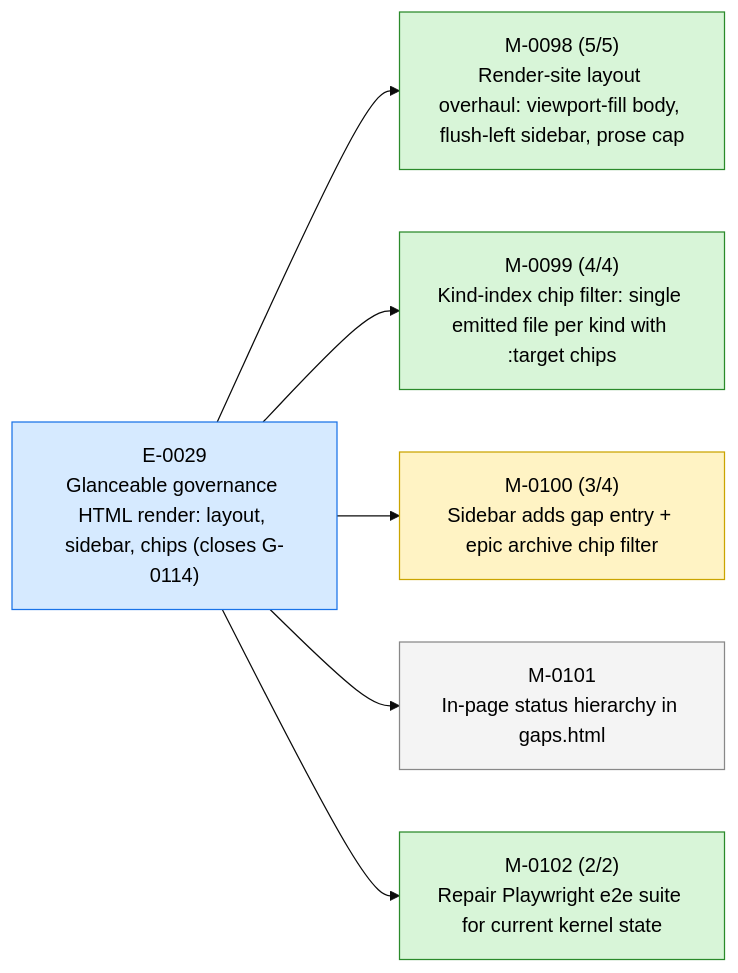
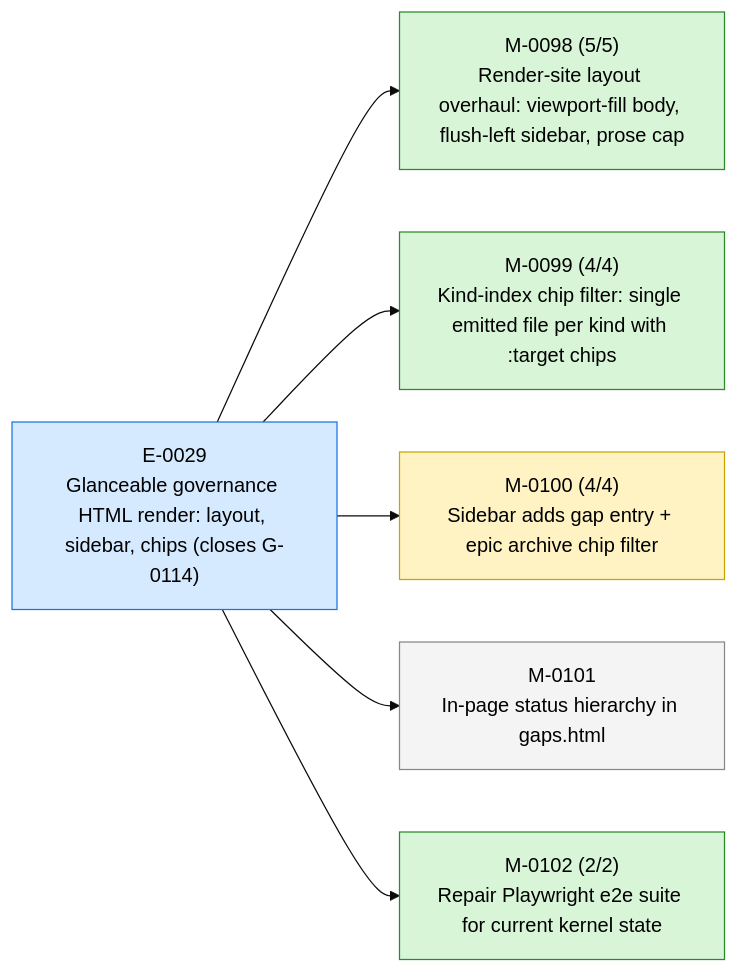
Before and after one commit to 23min/aiwf: the first of 3 diagrams in STATUS.md, drawn with Mermaid (base theme). The commit also changed other lines of this file and 1 other file, not shown here.

````diff
--- a/STATUS.md
+++ b/STATUS.md
@@ -17,20 +17,20 @@
 ```mermaid
 flowchart LR
   E_0029["E-0029<br/>Glanceable governance HTML render: layout, sidebar, chips (closes G-0114)"]:::epic_active
   M_0098["M-0098 (5/5)<br/>Render-site layout overhaul: viewport-fill body, flush-left sidebar, prose cap"]:::ms_done
   E_0029 --> M_0098
   M_0099["M-0099 (4/4)<br/>Kind-index chip filter: single emitted file per kind with :target chips"]:::ms_done
   E_0029 --> M_0099
-  M_0100["M-0100 (3/4)<br/>Sidebar adds gap entry + epic archive chip filter"]:::ms_in_progress
+  M_0100["M-0100 (4/4)<br/>Sidebar adds gap entry + epic archive chip filter"]:::ms_in_progress
   E_0029 --> M_0100
   M_0101["M-0101<br/>In-page status hierarchy in gaps.html"]:::ms_draft
   E_0029 --> M_0101
   M_0102["M-0102 (2/2)<br/>Repair Playwright e2e suite for current kernel state"]:::ms_done
   E_0029 --> M_0102
   classDef epic_active fill:#d6eaff,stroke:#1a73e8,color:#000
   classDef epic_proposed fill:#f4f4f4,stroke:#888,color:#000
   classDef ms_done fill:#d8f5d8,stroke:#2a8a2a,color:#000
   classDef ms_in_progress fill:#fff3c4,stroke:#caa400,color:#000
   classDef ms_draft fill:#f4f4f4,stroke:#888,color:#000
   classDef ms_cancelled fill:#fbeaea,stroke:#c33,color:#000
 ```
````
